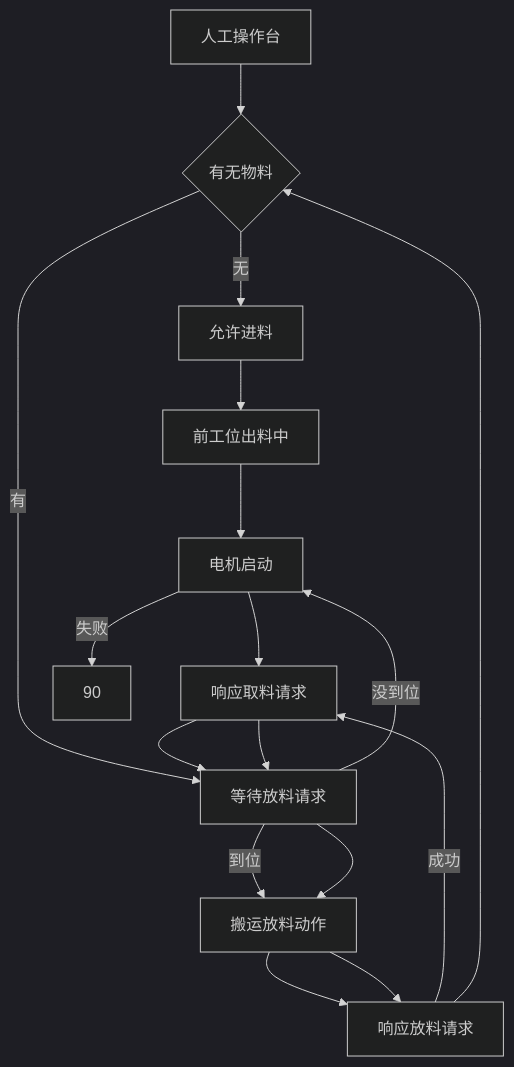
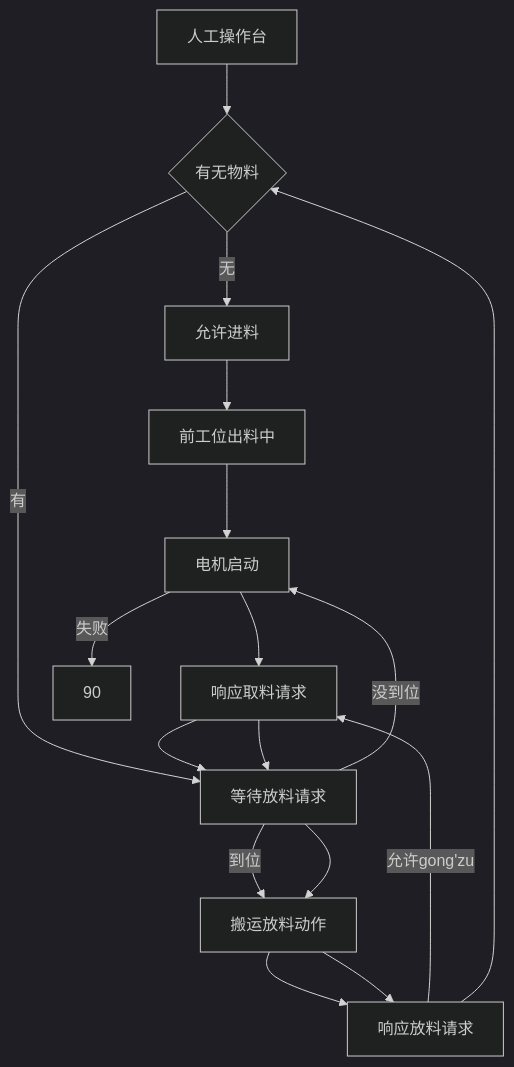
The diagram in all/未命名-4.md (PengKun1/iodraw-files), drawn with Mermaid (dark theme) before and after one commit.

Commit message:
2024-12-20 14:48:52 update

````diff
--- a/all/未命名-4.md
+++ b/all/未命名-4.md
@@ -1,19 +1,19 @@
 ```mermaid
 graph TD
 0[人工操作台]-->10
 10{有无物料}-->|无|20
 10-->|有|60
 20[允许进料]-->30
 30[前工位出料中]-->40
 40[电机启动]-->50
 50[电机减速]-->60
 60{是否到位}-->|到位|70
 60-->|没到位|40
 70[复位信号]-->80
-80[读RFID]-->|成功|50
+80[读RFID]-->|允许gong'zu|50
 40-->|失败|90
 50[响应取料请求]-->60
 60[等待放料请求]-->70
 70[搬运放料动作]-->80
 80[响应放料请求]-->10
 ```
````
